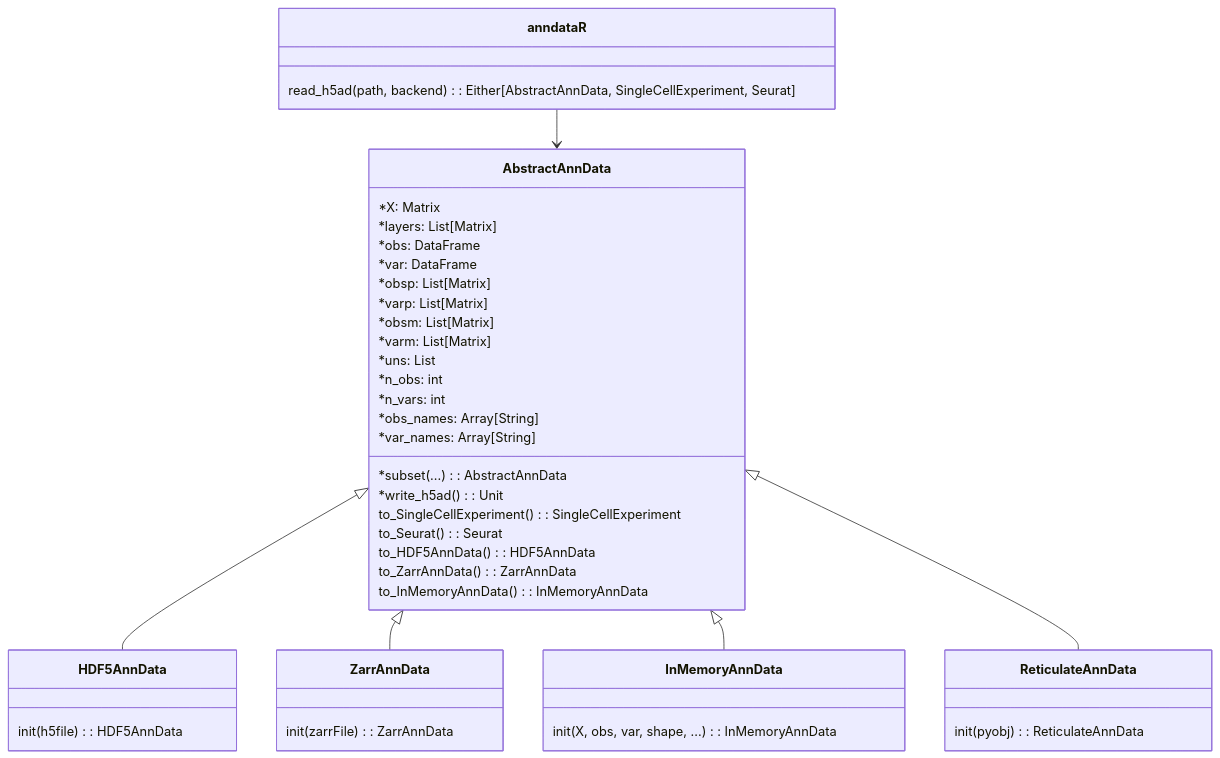
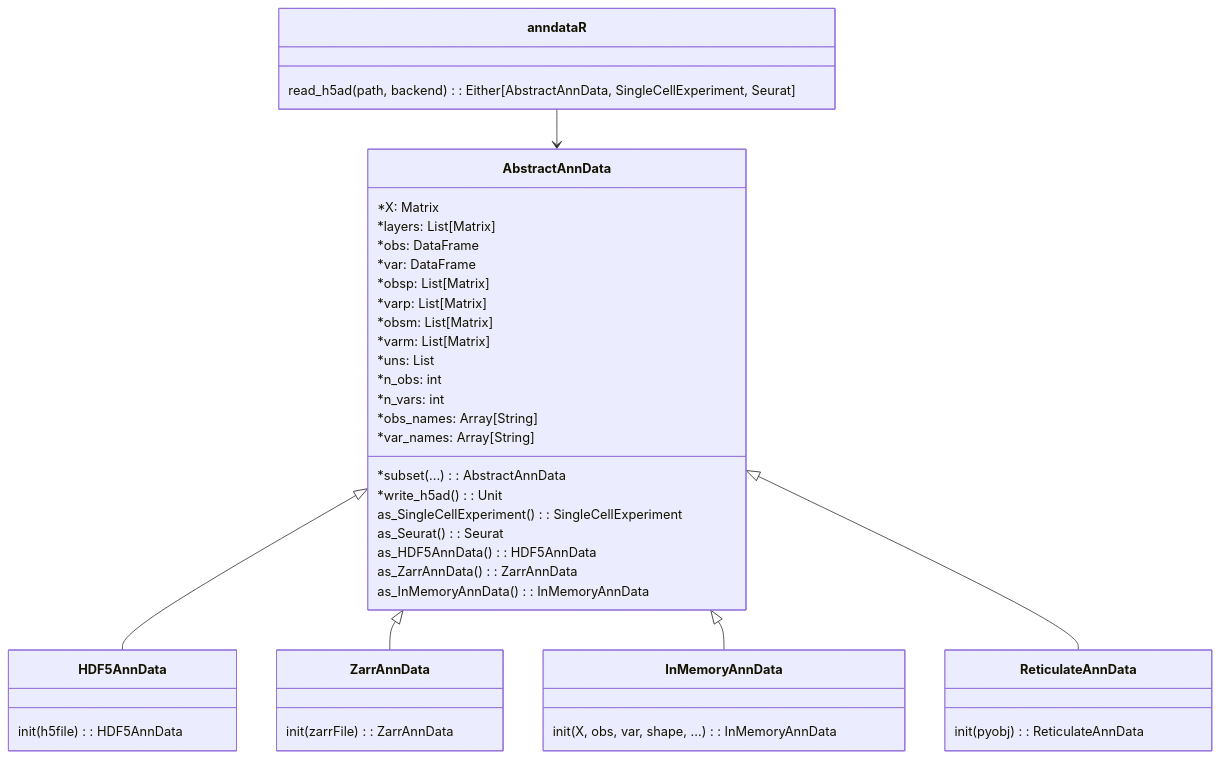
The diagram in vignettes/diagrams/class_diagram.mmd (scverse/anndataR), drawn with Mermaid before and after one commit. The commit also changed 54 other files, not shown here.

```diff
--- a/vignettes/diagrams/class_diagram.mmd
+++ b/vignettes/diagrams/class_diagram.mmd
@@ -1,51 +1,51 @@
 
 classDiagram
   class AbstractAnnData {
     *X: Matrix
     *layers: List[Matrix]
     *obs: DataFrame
     *var: DataFrame
     *obsp: List[Matrix]
     *varp: List[Matrix]
     *obsm: List[Matrix]
     *varm: List[Matrix]
     *uns: List
     *n_obs: int
     *n_vars: int
     *obs_names: Array[String]
     *var_names: Array[String]
     *subset(...): AbstractAnnData
     *write_h5ad(): Unit
 
-    to_SingleCellExperiment(): SingleCellExperiment
-    to_Seurat(): Seurat
+    as_SingleCellExperiment(): SingleCellExperiment
+    as_Seurat(): Seurat
 
-    to_HDF5AnnData(): HDF5AnnData
-    to_ZarrAnnData(): ZarrAnnData
-    to_InMemoryAnnData(): InMemoryAnnData
+    as_HDF5AnnData(): HDF5AnnData
+    as_ZarrAnnData(): ZarrAnnData
+    as_InMemoryAnnData(): InMemoryAnnData
   }
 
   AbstractAnnData <|-- HDF5AnnData
   class HDF5AnnData {
     init(h5file): HDF5AnnData
   }
 
   AbstractAnnData <|-- ZarrAnnData
   class ZarrAnnData {
     init(zarrFile): ZarrAnnData
   }
 
   AbstractAnnData <|-- InMemoryAnnData
   class InMemoryAnnData {
     init(X, obs, var, shape, ...): InMemoryAnnData
   }
 
   AbstractAnnData <|-- ReticulateAnnData
   class ReticulateAnnData {
     init(pyobj): ReticulateAnnData
   }
 
   class anndataR {
     read_h5ad(path, backend): Either[AbstractAnnData, SingleCellExperiment, Seurat]
   }
   anndataR --> AbstractAnnData
```
